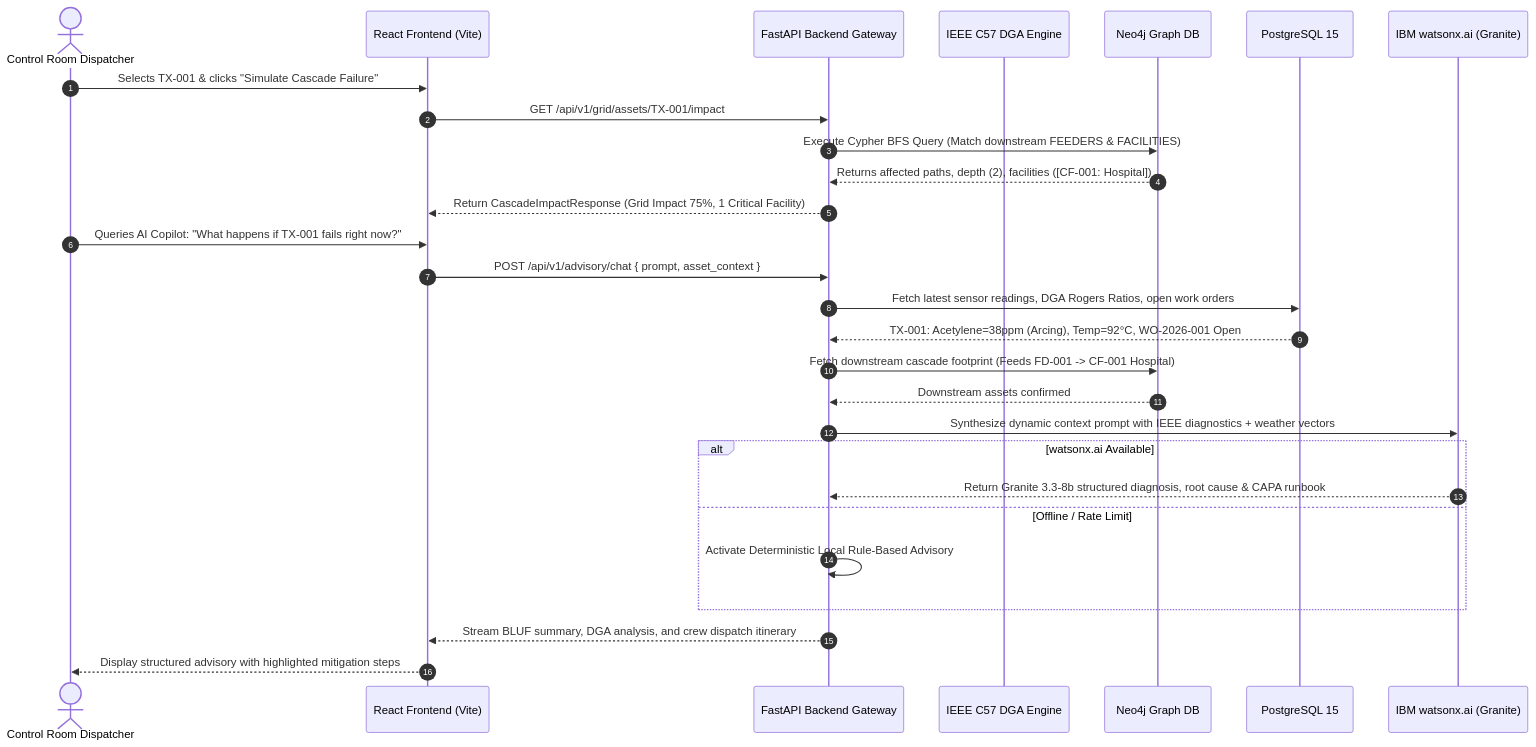
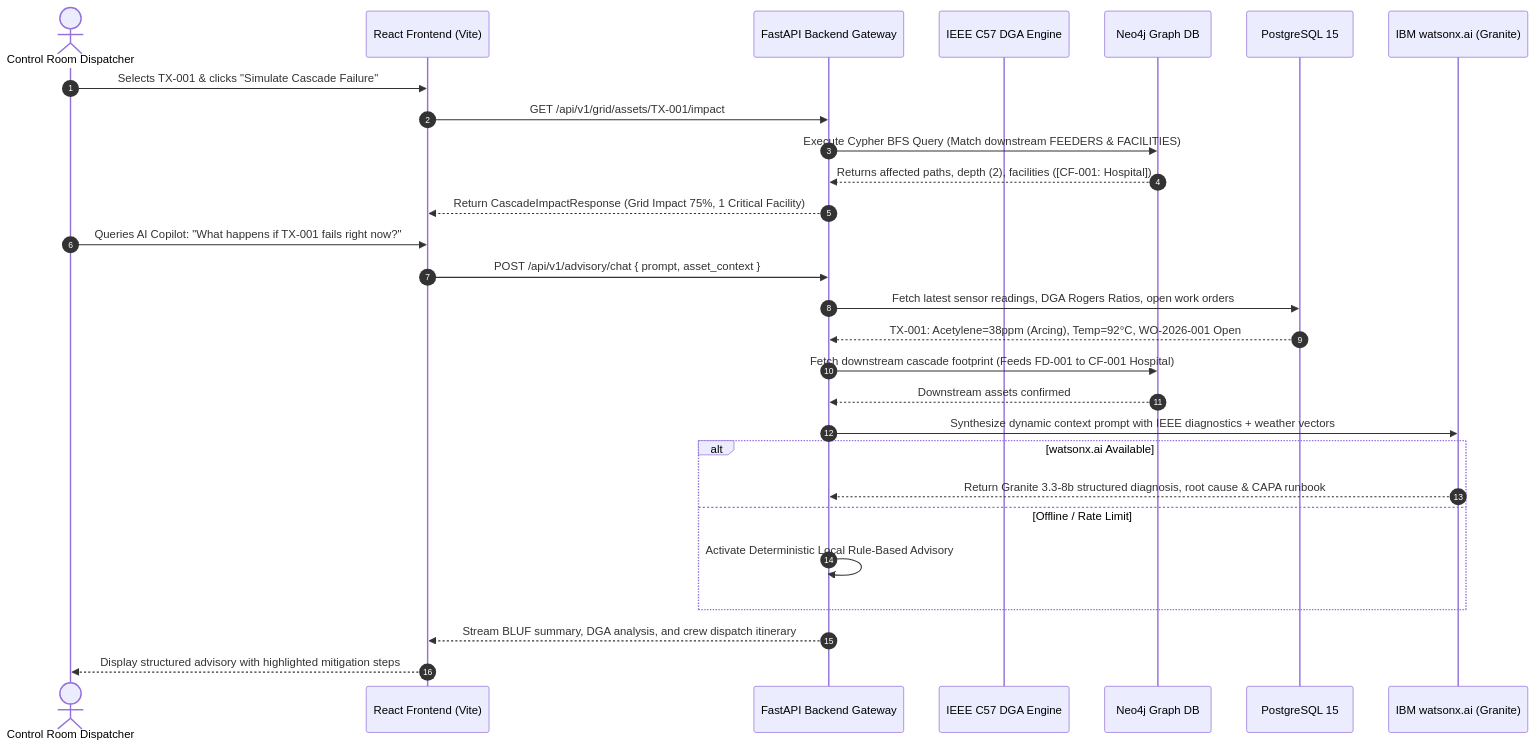
One commit to ThummarDarshan/bob-ai-hackathon-Eat-Code-Sleep changed the third of 3 diagrams in docs/architecture.md. Above: the diagram before and after it, drawn with Mermaid. The commit also changed other lines of this file, not shown here.

Commit message:
docs(architecture): add Enterprise Architecture Specification with validated Mermaid diagrams

````diff
--- a/docs/architecture.md
+++ b/docs/architecture.md
@@ -129,34 +135,34 @@
 ```mermaid
 sequenceDiagram
     autonumber
     actor Operator as Control Room Dispatcher
     participant UI as React Frontend (Vite)
     participant API as FastAPI Backend Gateway
     participant DGA as IEEE C57 DGA Engine
     participant Graph as Neo4j Graph DB
     participant DB as PostgreSQL 15
     participant AI as IBM watsonx.ai (Granite)
 
     Operator->>UI: Selects TX-001 & clicks "Simulate Cascade Failure"
     UI->>API: GET /api/v1/grid/assets/TX-001/impact
     API->>Graph: Execute Cypher BFS Query (Match downstream FEEDERS & FACILITIES)
     Graph-->>API: Returns affected paths, depth (2), facilities ([CF-001: Hospital])
     API-->>UI: Return CascadeImpactResponse (Grid Impact 75%, 1 Critical Facility)
 
     Operator->>UI: Queries AI Copilot: "What happens if TX-001 fails right now?"
     UI->>API: POST /api/v1/advisory/chat { prompt, asset_context }
     API->>DB: Fetch latest sensor readings, DGA Rogers Ratios, open work orders
     DB-->>API: TX-001: Acetylene=38ppm (Arcing), Temp=92°C, WO-2026-001 Open
-    API->>Graph: Fetch downstream cascade footprint (Feeds FD-001 -> CF-001 Hospital)
+    API->>Graph: Fetch downstream cascade footprint (Feeds FD-001 to CF-001 Hospital)
     Graph-->>API: Downstream assets confirmed
 
     API->>AI: Synthesize dynamic context prompt with IEEE diagnostics + weather vectors
     alt watsonx.ai Available
         AI-->>API: Return Granite 3.3-8b structured diagnosis, root cause & CAPA runbook
     else Offline / Rate Limit
         API->>API: Activate Deterministic Local Rule-Based Advisory
     end
 
     API-->>UI: Stream BLUF summary, DGA analysis, and crew dispatch itinerary
     UI-->>Operator: Display structured advisory with highlighted mitigation steps
 ```
````
